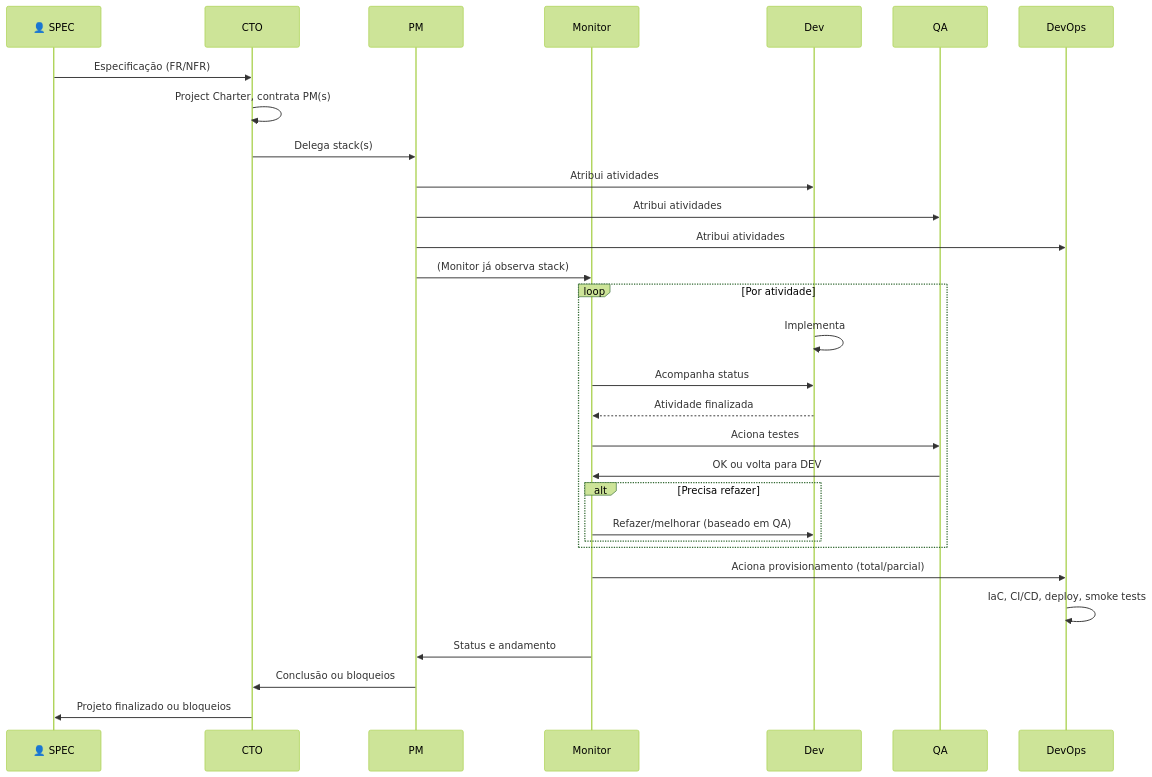
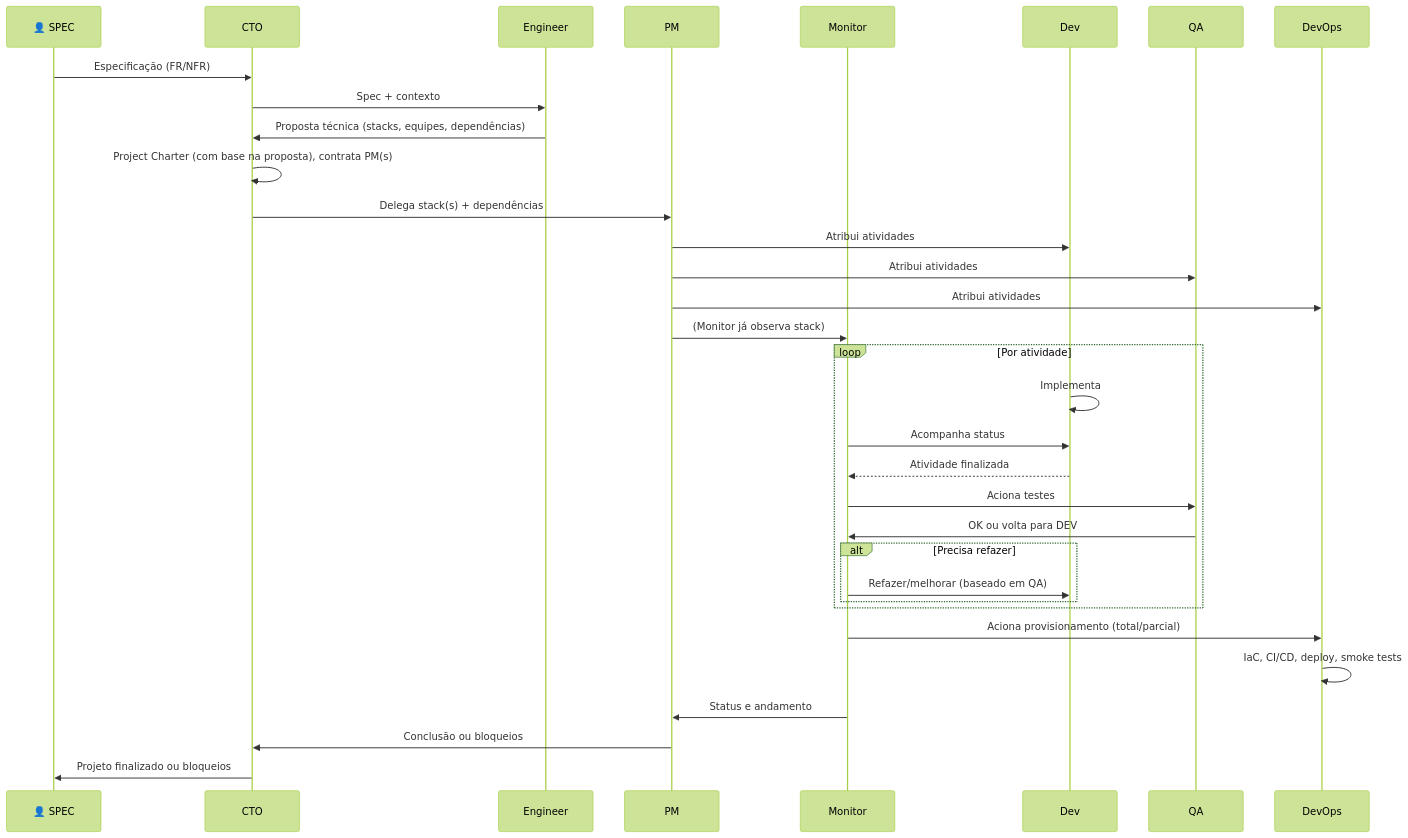
The third of 4 diagrams in project/docs/ACTORS_AND_RESPONSIBILITIES.md (zentriztech/zentriz-genesis), drawn with Mermaid (forest theme) before and after one commit. The commit also changed other lines of this file and 51 other files, not shown here.

````diff
--- a/project/docs/ACTORS_AND_RESPONSIBILITIES.md
+++ b/project/docs/ACTORS_AND_RESPONSIBILITIES.md
@@ -198,36 +214,39 @@
 ```mermaid
 sequenceDiagram
     participant SPEC as 👤 SPEC
     participant CTO as CTO
+    participant ENG as Engineer
     participant PM as PM
     participant MON as Monitor
     participant DEV as Dev
     participant QA as QA
     participant DO as DevOps
 
     SPEC->>CTO: Especificação (FR/NFR)
-    CTO->>CTO: Project Charter, contrata PM(s)
-    CTO->>PM: Delega stack(s)
+    CTO->>ENG: Spec + contexto
+    ENG->>CTO: Proposta técnica (stacks, equipes, dependências)
+    CTO->>CTO: Project Charter (com base na proposta), contrata PM(s)
+    CTO->>PM: Delega stack(s) + dependências
 
     PM->>DEV: Atribui atividades
     PM->>QA: Atribui atividades
     PM->>DO: Atribui atividades
     PM->>MON: (Monitor já observa stack)
 
     loop Por atividade
         DEV->>DEV: Implementa
         MON->>DEV: Acompanha status
         DEV-->>MON: Atividade finalizada
         MON->>QA: Aciona testes
         QA->>MON: OK ou volta para DEV
         alt Precisa refazer
             MON->>DEV: Refazer/melhorar (baseado em QA)
         end
     end
 
     MON->>DO: Aciona provisionamento (total/parcial)
     DO->>DO: IaC, CI/CD, deploy, smoke tests
     MON->>PM: Status e andamento
     PM->>CTO: Conclusão ou bloqueios
     CTO->>SPEC: Projeto finalizado ou bloqueios
 ```
````
